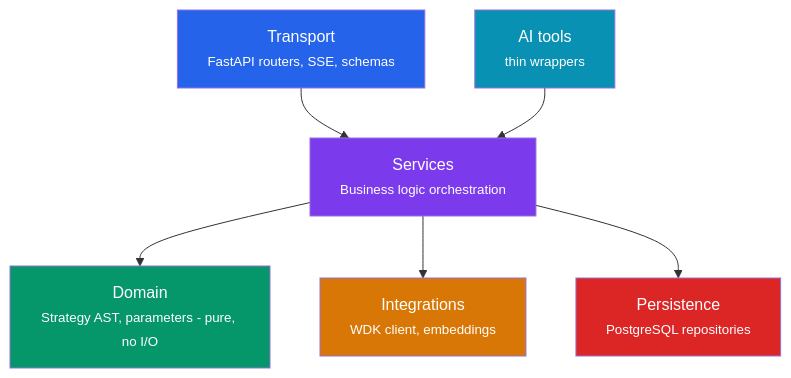
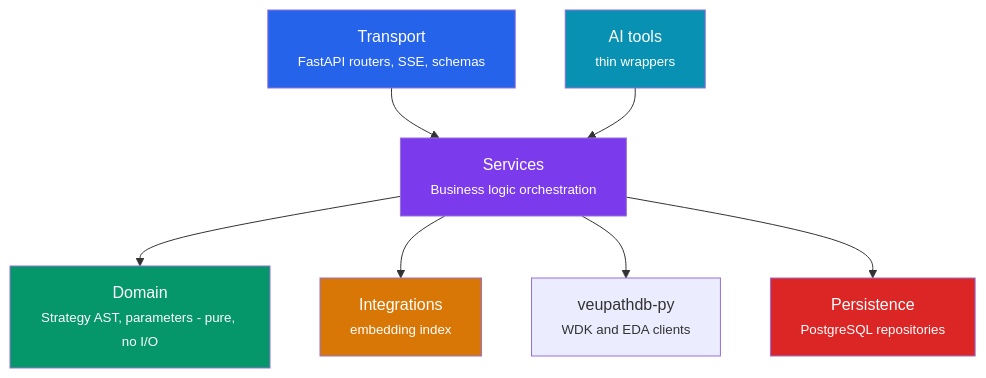
Before and after one commit to VEuPathDB/pathfinder-app: the second of 2 diagrams in apps/api/docs/api/overview.rst, drawn with Mermaid. The commit also changed other lines of this file and 1851 other files, not shown here.

```diff
--- a/apps/api/docs/api/overview.rst
+++ b/apps/api/docs/api/overview.rst
@@ -192,15 +192,16 @@
 .. mermaid::
 
    flowchart TD
        T["Transport<br/><small>FastAPI routers, SSE, schemas</small>"] --> S["Services<br/><small>Business logic orchestration</small>"]
        AT["AI tools<br/><small>thin wrappers</small>"] --> S
        S --> D["Domain<br/><small>Strategy AST, parameters - pure, no I/O</small>"]
-       S --> I["Integrations<br/><small>WDK client, embeddings</small>"]
+       S --> I["Integrations<br/><small>embedding index</small>"]
+       S --> V["veupathdb-py<br/><small>WDK and EDA clients</small>"]
        S --> P["Persistence<br/><small>PostgreSQL repositories</small>"]
 
        style T fill:#2563eb,color:#fff
        style AT fill:#0891b2,color:#fff
        style S fill:#7c3aed,color:#fff
        style D fill:#059669,color:#fff
        style I fill:#d97706,color:#fff
        style P fill:#dc2626,color:#fff
```
